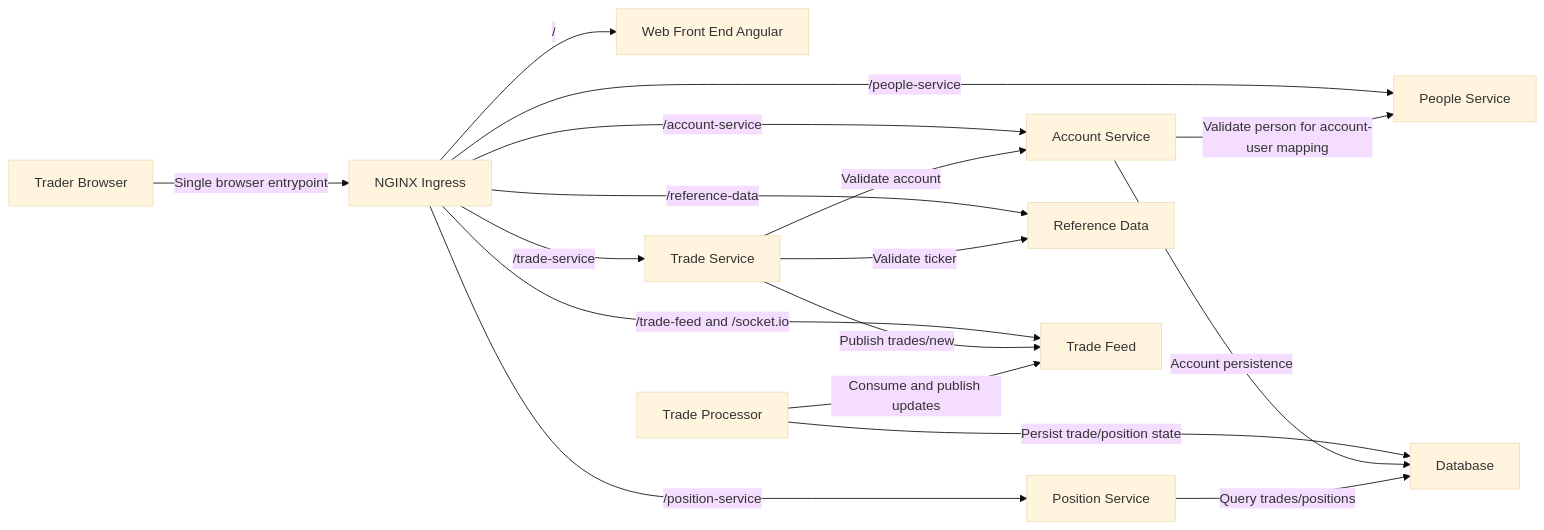
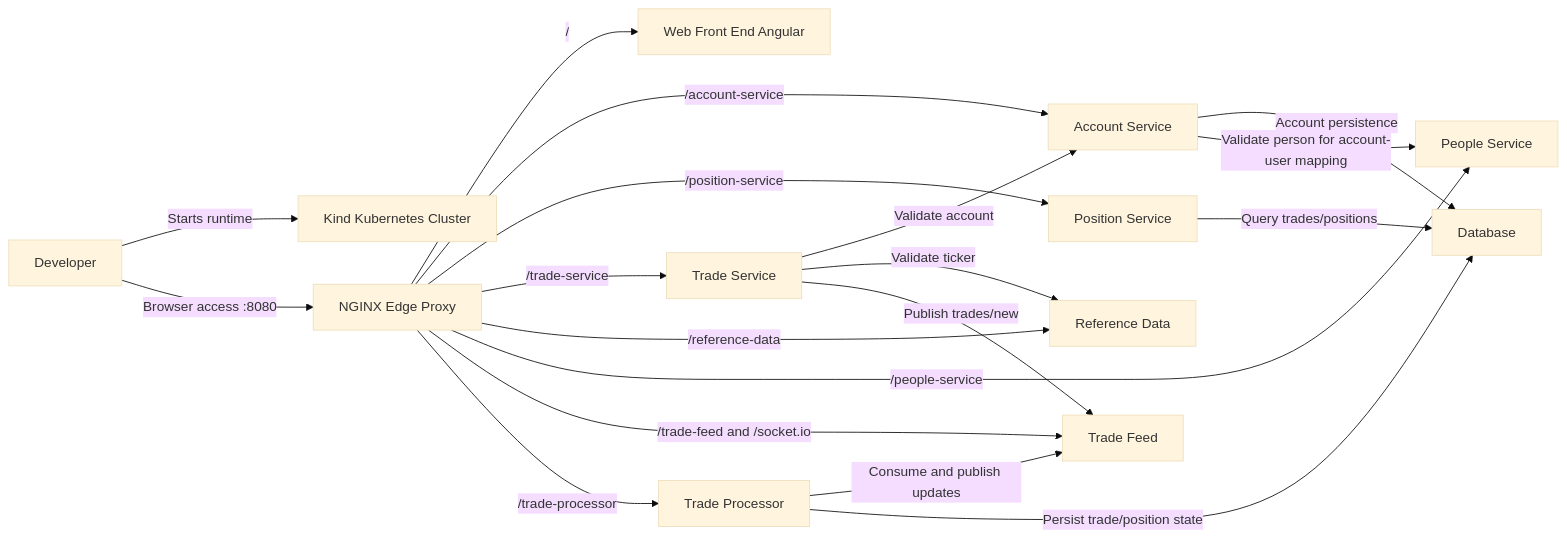
Before and after one commit to finos/traderX: the diagram in docs/learning/software-architecture.md, drawn with Mermaid (base theme). The commit also changed other lines of this file and 47 other files, not shown here.

First line of the commit message:
snapshot: 004-kubernetes-runtime generated from 68d19a554c7480a615b19c024eb0a88228c6b9ad

````diff
--- a/docs/learning/software-architecture.md
+++ b/docs/learning/software-architecture.md
@@ -41,30 +42,33 @@
 ```mermaid
 flowchart LR
-  trader["Trader Browser"]
-  ingress["NGINX Ingress"]
+  developer["Developer"]
+  cluster["Kind Kubernetes Cluster"]
+  edge["NGINX Edge Proxy"]
   web["Web Front End Angular"]
   account["Account Service"]
   position["Position Service"]
   tradeService["Trade Service"]
   referenceData["Reference Data"]
   people["People Service"]
   tradeFeed["Trade Feed"]
   tradeProcessor["Trade Processor"]
   database["Database"]
-  trader -->|"Single browser entrypoint"| ingress
-  ingress -->|"/"| web
-  ingress -->|"/account-service"| account
-  ingress -->|"/position-service"| position
-  ingress -->|"/trade-service"| tradeService
-  ingress -->|"/reference-data"| referenceData
-  ingress -->|"/people-service"| people
-  ingress -->|"/trade-feed and /socket.io"| tradeFeed
+  developer -->|"Starts runtime"| cluster
+  developer -->|"Browser access :8080"| edge
+  edge -->|"/"| web
+  edge -->|"/account-service"| account
+  edge -->|"/position-service"| position
+  edge -->|"/trade-service"| tradeService
+  edge -->|"/reference-data"| referenceData
+  edge -->|"/people-service"| people
+  edge -->|"/trade-feed and /socket.io"| tradeFeed
+  edge -->|"/trade-processor"| tradeProcessor
   tradeService -->|"Validate account"| account
   tradeService -->|"Validate ticker"| referenceData
   tradeService -->|"Publish trades/new"| tradeFeed
   tradeProcessor -->|"Consume and publish updates"| tradeFeed
   tradeProcessor -->|"Persist trade/position state"| database
   account -->|"Account persistence"| database
   position -->|"Query trades/positions"| database
   account -->|"Validate person for account-user mapping"| people
 ```
````
